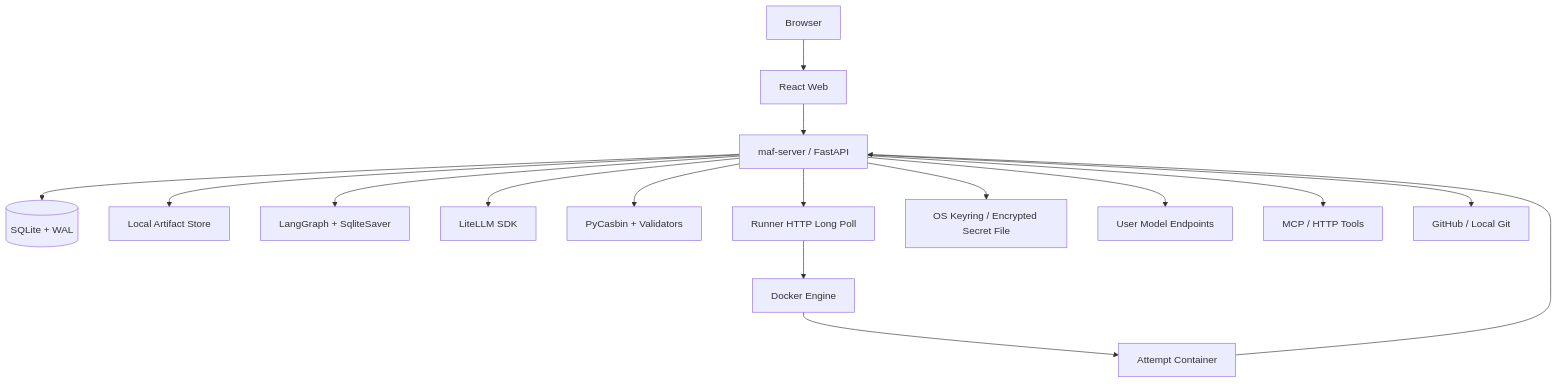
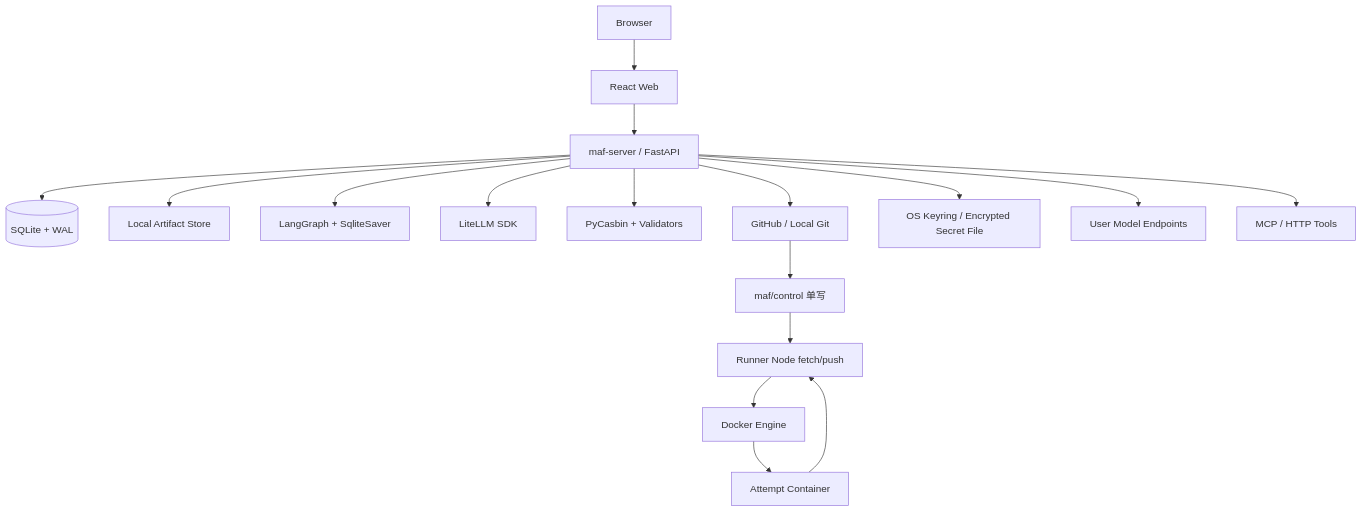
Before and after one commit to mei-lun/multi-agent-flow: the first of 6 diagrams in doc/多Agent协同工具系统设计文档.md, drawn with Mermaid. The commit also changed other lines of this file and 228 other files, not shown here.

````diff
--- a/doc/多Agent协同工具系统设计文档.md
+++ b/doc/多Agent协同工具系统设计文档.md
@@ -166,18 +166,19 @@
 ```mermaid
 flowchart TB
     B["Browser"] --> WEB["React Web"]
     WEB --> API["maf-server / FastAPI"]
     API --> DB[("SQLite + WAL")]
     API --> FS["Local Artifact Store"]
     API --> LG["LangGraph + SqliteSaver"]
     API --> LLM["LiteLLM SDK"]
     API --> CAS["PyCasbin + Validators"]
-    API --> RW["Runner HTTP Long Poll"]
+    API --> GH["GitHub / Local Git"]
+    GH --> C["maf/control 单写"]
+    C --> RW["Runner Node fetch/push"]
     RW --> DOCKER["Docker Engine"]
     DOCKER --> C1["Attempt Container"]
-    C1 --> API
+    C1 --> RW
     API --> SEC["OS Keyring / Encrypted Secret File"]
     API --> MODEL["User Model Endpoints"]
     API --> MCP["MCP / HTTP Tools"]
-    API --> GH["GitHub / Local Git"]
 ```
````
